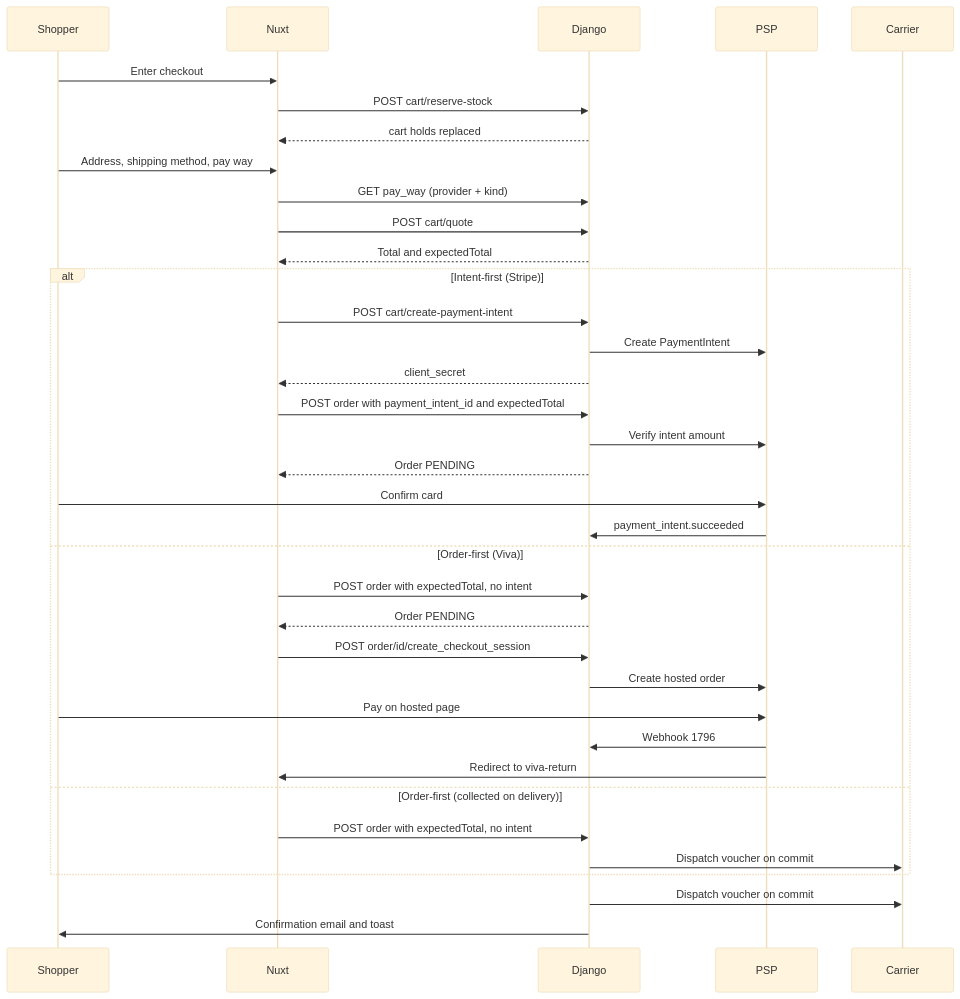
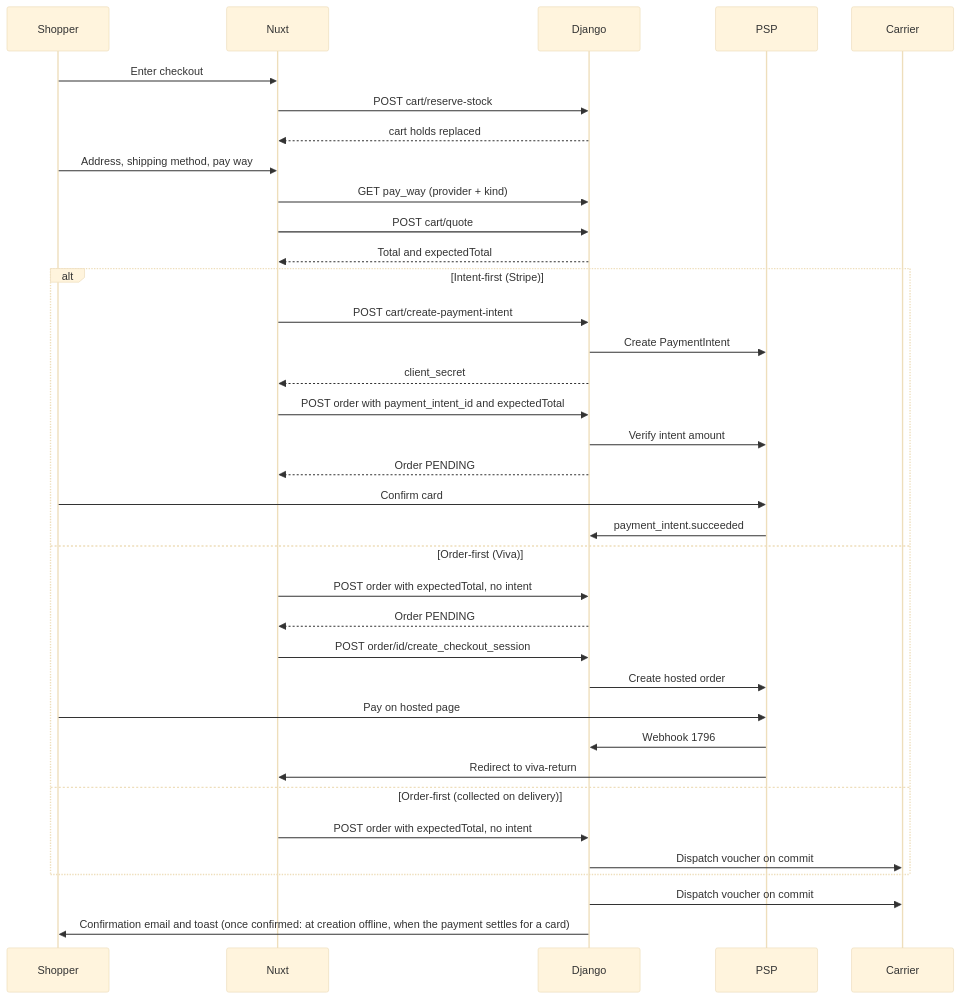
The diagram in src/dev/flows/checkout-and-payment.md (vasilistotskas/grooveshop-docs), drawn with Mermaid (base theme) before and after one commit. The commit also changed other lines of this file and 7 other files, not shown here.

First line of the commit message:
docs(orders): a card order is announced once it is paid (#203)

````diff
--- a/src/dev/flows/checkout-and-payment.md
+++ b/src/dev/flows/checkout-and-payment.md
@@ -23,39 +23,39 @@
 ```mermaid
 sequenceDiagram
   participant S as Shopper
   participant N as Nuxt
   participant D as Django
   participant P as PSP
   participant C as Carrier
 
   S->>N: Enter checkout
   N->>D: POST cart/reserve-stock
   D-->>N: cart holds replaced
   S->>N: Address, shipping method, pay way
   N->>D: GET pay_way (provider + kind)
   N->>D: POST cart/quote
   D-->>N: Total and expectedTotal
   alt Intent-first (Stripe)
     N->>D: POST cart/create-payment-intent
     D->>P: Create PaymentIntent
     D-->>N: client_secret
     N->>D: POST order with payment_intent_id and expectedTotal
     D->>P: Verify intent amount
     D-->>N: Order PENDING
     S->>P: Confirm card
     P->>D: payment_intent.succeeded
   else Order-first (Viva)
     N->>D: POST order with expectedTotal, no intent
     D-->>N: Order PENDING
     N->>D: POST order/id/create_checkout_session
     D->>P: Create hosted order
     S->>P: Pay on hosted page
     P->>D: Webhook 1796
     P->>N: Redirect to viva-return
   else Order-first (collected on delivery)
     N->>D: POST order with expectedTotal, no intent
     D->>C: Dispatch voucher on commit
   end
   D->>C: Dispatch voucher on commit
-  D->>S: Confirmation email and toast
+  D->>S: Confirmation email and toast (once confirmed: at creation offline, when the payment settles for a card)
 ```
````
